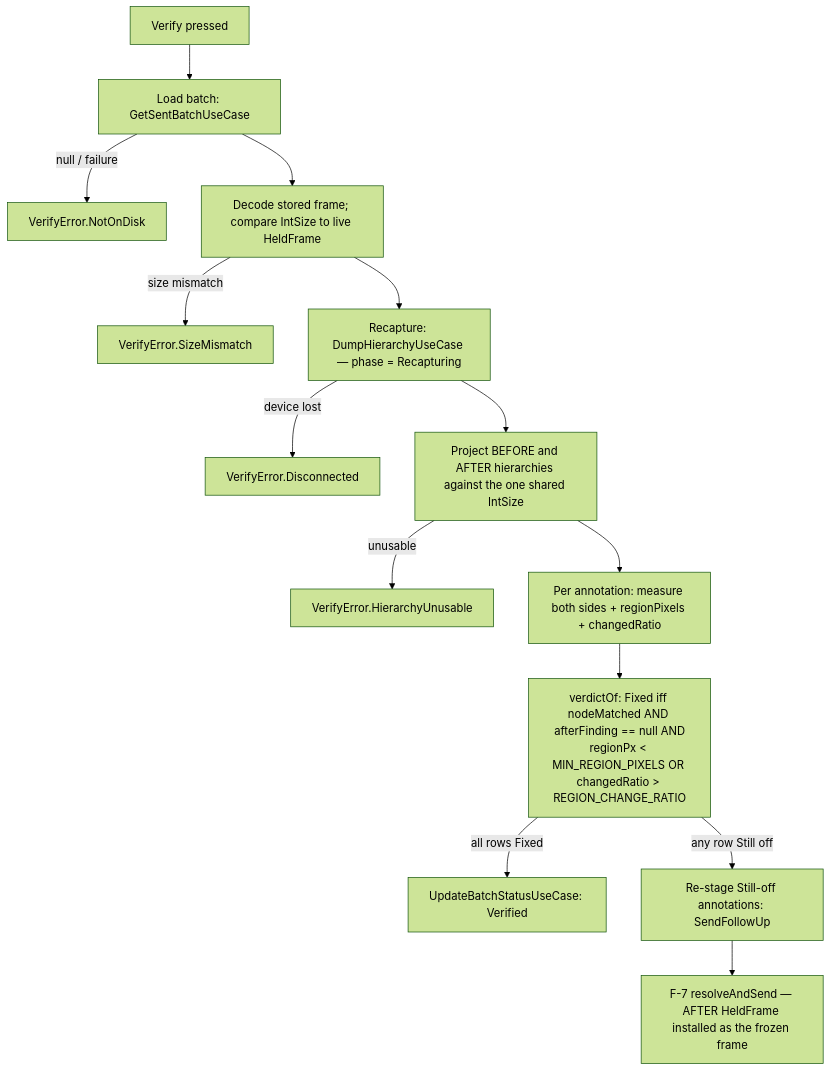
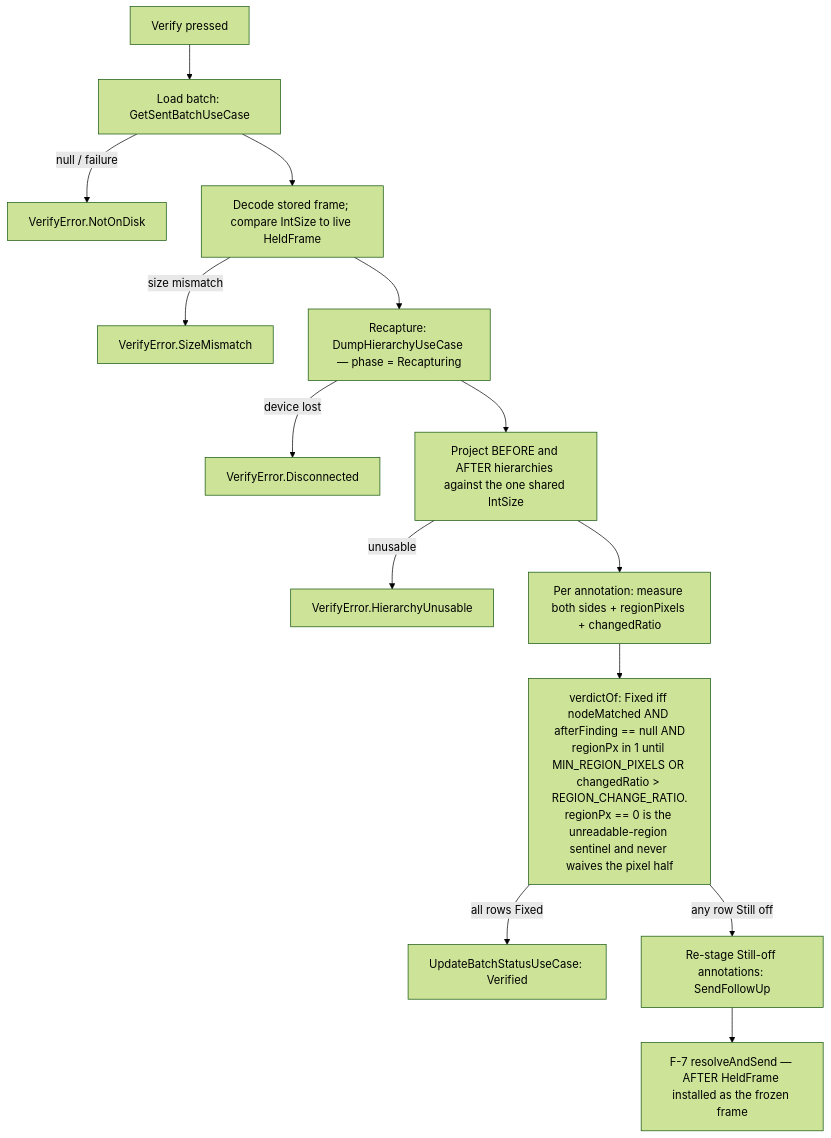
The diagram in presentation-feature-mirror/CLAUDE.md (andrew-malitchuk/rectify-kmp), drawn with Mermaid (forest theme) before and after one commit. The commit also changed other lines of this file and 18 other files, not shown here.

````diff
--- a/presentation-feature-mirror/CLAUDE.md
+++ b/presentation-feature-mirror/CLAUDE.md
@@ -100,16 +100,16 @@
 ```mermaid
 flowchart TD
     A[Verify pressed] --> B[Load batch: GetSentBatchUseCase]
     B -->|null / failure| E1[VerifyError.NotOnDisk]
     B --> C[Decode stored frame; compare IntSize to live HeldFrame]
     C -->|size mismatch| E2[VerifyError.SizeMismatch]
     C --> D[Recapture: DumpHierarchyUseCase — phase = Recapturing]
     D -->|device lost| E3[VerifyError.Disconnected]
     D --> F[Project BEFORE and AFTER hierarchies against the one shared IntSize]
     F -->|unusable| E4[VerifyError.HierarchyUnusable]
     F --> G[Per annotation: measure both sides + regionPixels + changedRatio]
-    G --> H[verdictOf: Fixed iff nodeMatched AND afterFinding == null AND<br/>regionPx < MIN_REGION_PIXELS OR changedRatio > REGION_CHANGE_RATIO]
+    G --> H[verdictOf: Fixed iff nodeMatched AND afterFinding == null AND<br/>regionPx in 1 until MIN_REGION_PIXELS OR changedRatio > REGION_CHANGE_RATIO.<br/>regionPx == 0 is the unreadable-region sentinel and never waives the pixel half]
     H -->|all rows Fixed| I[UpdateBatchStatusUseCase: Verified]
     H -->|any row Still off| J[Re-stage Still-off annotations: SendFollowUp]
     J --> K[F-7 resolveAndSend — AFTER HeldFrame installed as the frozen frame]
 ```
````
